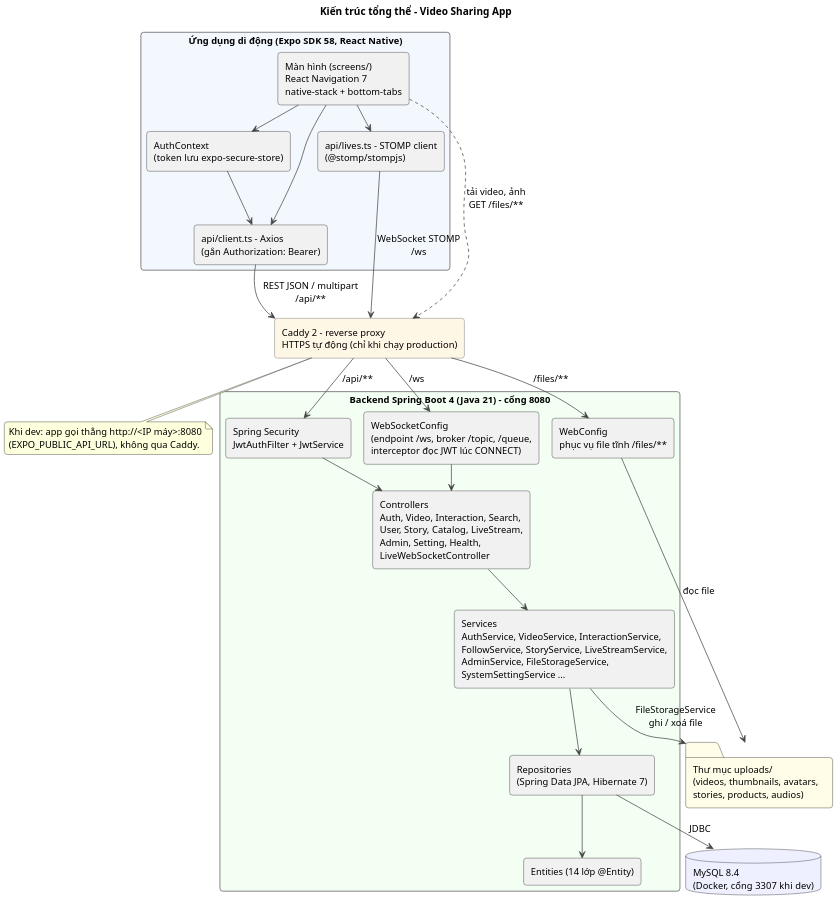
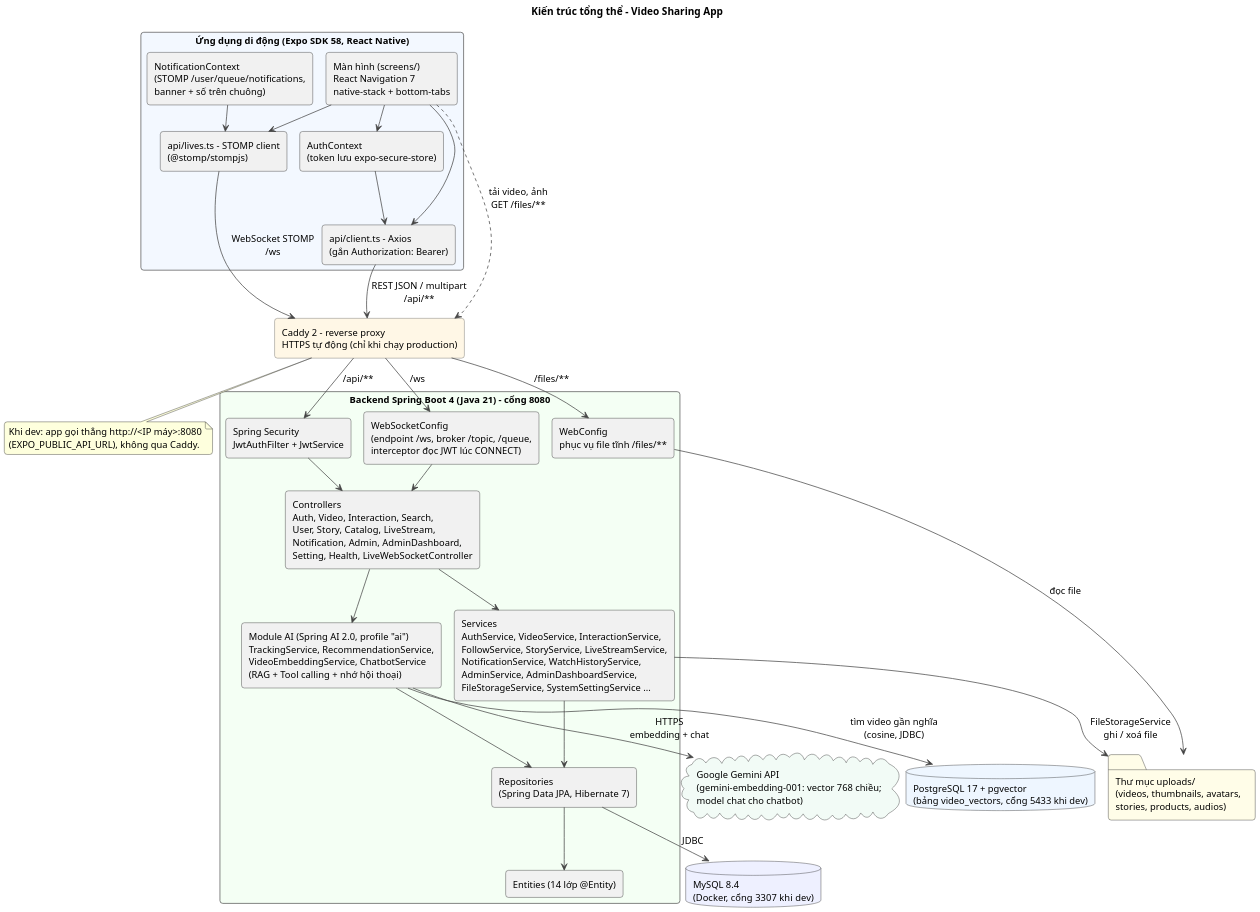
One commit to khanh2925/video-sharing-app changed the diagram in docs/uml/architecture.puml. Above: the diagram before and after it, drawn with PlantUML. The commit also changed 37 other files, not shown here.

First line of the commit message:
Tài liệu: vẽ lại sơ đồ UML, ảnh màn hình và kịch bản đọc code

```diff
--- a/docs/uml/architecture.puml
+++ b/docs/uml/architecture.puml
@@ -1,62 +1,71 @@
 @startuml architecture
 !pragma layout smetana
 skinparam defaultFontName Arial
 skinparam defaultFontSize 13
 skinparam dpi 150
 skinparam shadowing false
 skinparam roundCorner 8
 skinparam componentStyle rectangle
 skinparam packageStyle rectangle
 skinparam ArrowColor #444444
 skinparam rectangle {
   BackgroundColor #FFFFFF
   BorderColor #555555
 }
 title Kiến trúc tổng thể - Video Sharing App
 
 package "Ứng dụng di động (Expo SDK 58, React Native)" as mobile #F3F8FF {
   [Màn hình (screens/)\nReact Navigation 7\nnative-stack + bottom-tabs] as screens
   [AuthContext\n(token lưu expo-secure-store)] as authctx
   [api/client.ts - Axios\n(gắn Authorization: Bearer)] as axios
   [api/lives.ts - STOMP client\n(@stomp/stompjs)] as stomp
+  [NotificationContext\n(STOMP /user/queue/notifications,\nbanner + số trên chuông)] as notictx
   screens --> authctx
+  notictx --> stomp
   screens --> axios
   screens --> stomp
   authctx --> axios
 }
 
 rectangle "Caddy 2 - reverse proxy\nHTTPS tự động (chỉ khi chạy production)" as caddy #FFF7E6
 
 package "Backend Spring Boot 4 (Java 21) - cổng 8080" as backend #F4FFF4 {
   [Spring Security\nJwtAuthFilter + JwtService] as security
   [WebSocketConfig\n(endpoint /ws, broker /topic, /queue,\ninterceptor đọc JWT lúc CONNECT)] as wsconfig
-  [Controllers\nAuth, Video, Interaction, Search,\nUser, Story, Catalog, LiveStream,\nAdmin, Setting, Health,\nLiveWebSocketController] as controllers
-  [Services\nAuthService, VideoService, InteractionService,\nFollowService, StoryService, LiveStreamService,\nAdminService, FileStorageService,\nSystemSettingService ...] as services
+  [Controllers\nAuth, Video, Interaction, Search,\nUser, Story, Catalog, LiveStream,\nNotification, Admin, AdminDashboard,\nSetting, Health, LiveWebSocketController] as controllers
+  [Services\nAuthService, VideoService, InteractionService,\nFollowService, StoryService, LiveStreamService,\nNotificationService, WatchHistoryService,\nAdminService, AdminDashboardService,\nFileStorageService, SystemSettingService ...] as services
+  [Module AI (Spring AI 2.0, profile "ai")\nTrackingService, RecommendationService,\nVideoEmbeddingService, ChatbotService\n(RAG + Tool calling + nhớ hội thoại)] as ai
   [Repositories\n(Spring Data JPA, Hibernate 7)] as repos
   [Entities (14 lớp @Entity)] as entities
   [WebConfig\nphục vụ file tĩnh /files/**] as webcfg
   security --> controllers
   wsconfig --> controllers
   controllers --> services
   services --> repos
   repos --> entities
+  controllers --> ai
+  ai --> repos
 }
 
 database "MySQL 8.4\n(Docker, cổng 3307 khi dev)" as mysql #EEF0FF
+database "PostgreSQL 17 + pgvector\n(bảng video_vectors, cổng 5433 khi dev)" as pgv #EEF6FF
+cloud "Google Gemini API\n(gemini-embedding-001: vector 768 chiều;\nmodel chat cho chatbot)" as gemini #F2FBF6
 folder "Thư mục uploads/\n(videos, thumbnails, avatars,\nstories, products, audios)" as uploads #FFFDE8
 
 axios --> caddy : REST JSON / multipart\n/api/**
 stomp --> caddy : WebSocket STOMP\n/ws
 screens ..> caddy : tải video, ảnh\nGET /files/**
 caddy --> security : /api/**
 caddy --> wsconfig : /ws
 caddy --> webcfg : /files/**
 repos --> mysql : JDBC
 services --> uploads : FileStorageService\nghi / xoá file
 webcfg --> uploads : đọc file
+ai --> pgv : tìm video gần nghĩa\n(cosine, JDBC)
+ai --> gemini : HTTPS\nembedding + chat
 
 note bottom of caddy
   Khi dev: app gọi thẳng http://<IP máy>:8080
   (EXPO_PUBLIC_API_URL), không qua Caddy.
 end note
 @enduml
```
